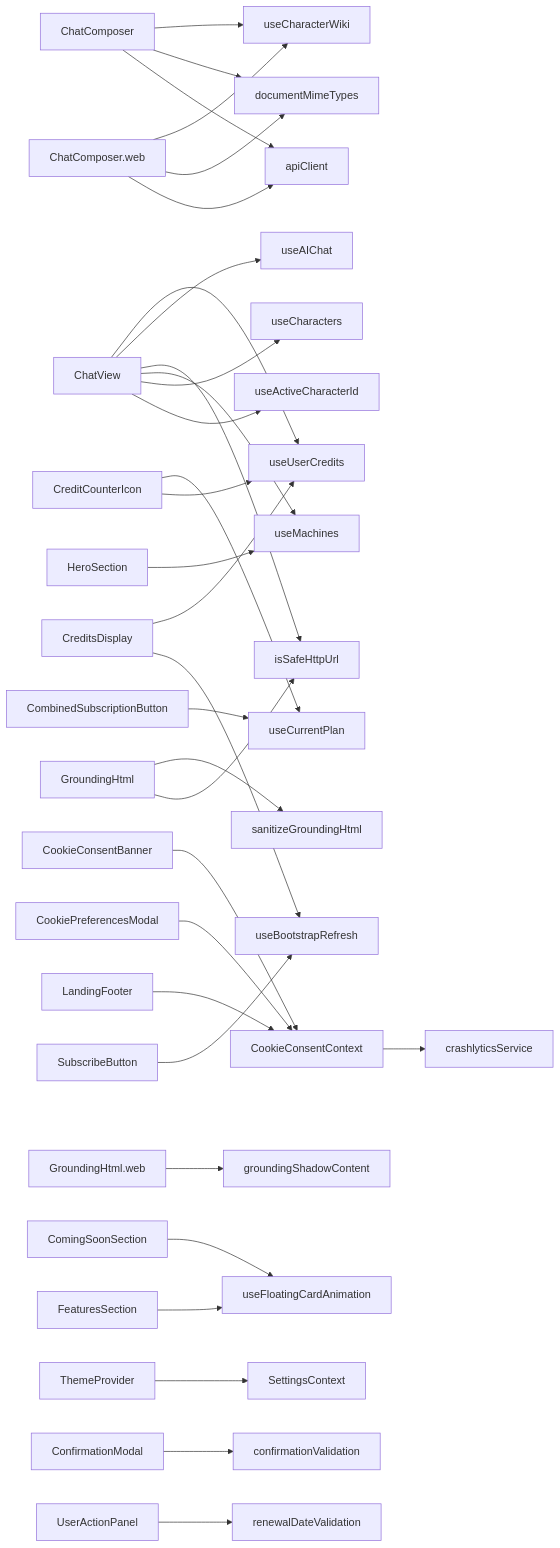
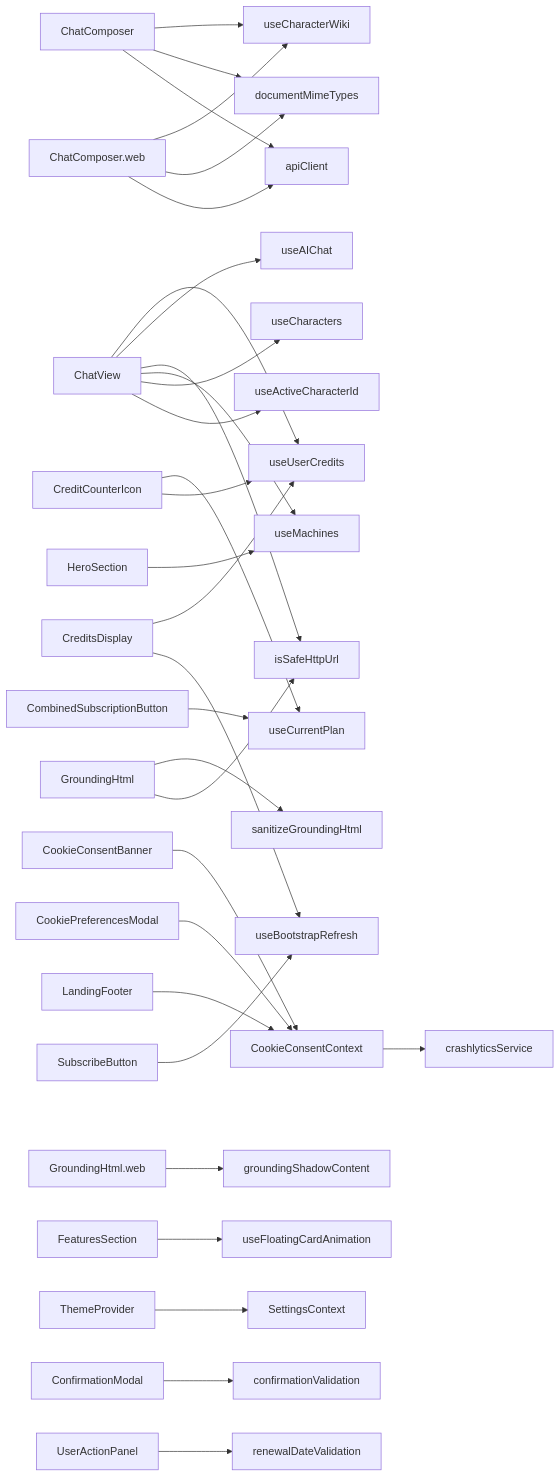
Before and after one commit to equationalapplications/clanker: the diagram in docs/flowcharts/COMPONENTS.md, drawn with Mermaid. The commit also changed 16 other files, not shown here.

````diff
--- a/docs/flowcharts/COMPONENTS.md
+++ b/docs/flowcharts/COMPONENTS.md
@@ -4,34 +4,33 @@
 ```mermaid
 graph LR
   ChatComposer --> useCharacterWiki
   ChatComposer --> documentMimeTypes
   ChatComposer --> apiClient
   ChatComposer.web --> useCharacterWiki
   ChatComposer.web --> documentMimeTypes
   ChatComposer.web --> apiClient
   ChatView --> useUserCredits
   ChatView --> useAIChat
   ChatView --> isSafeHttpUrl
   ChatView --> useMachines
   ChatView --> useCharacters
   ChatView --> useActiveCharacterId
   CombinedSubscriptionButton --> useCurrentPlan
   CookieConsentBanner --> CookieConsentContext
   CookieConsentContext --> crashlyticsService
   CookiePreferencesModal --> CookieConsentContext
   CreditCounterIcon --> useCurrentPlan
   CreditCounterIcon --> useUserCredits
   CreditsDisplay --> useUserCredits
   CreditsDisplay --> useBootstrapRefresh
   GroundingHtml --> sanitizeGroundingHtml
   GroundingHtml --> isSafeHttpUrl
   GroundingHtml.web --> groundingShadowContent
-  ComingSoonSection --> useFloatingCardAnimation
   FeaturesSection --> useFloatingCardAnimation
   HeroSection --> useMachines
   LandingFooter --> CookieConsentContext
   SubscribeButton --> useBootstrapRefresh
   ThemeProvider --> SettingsContext
   ConfirmationModal --> confirmationValidation
   UserActionPanel --> renewalDateValidation
 ```
````
